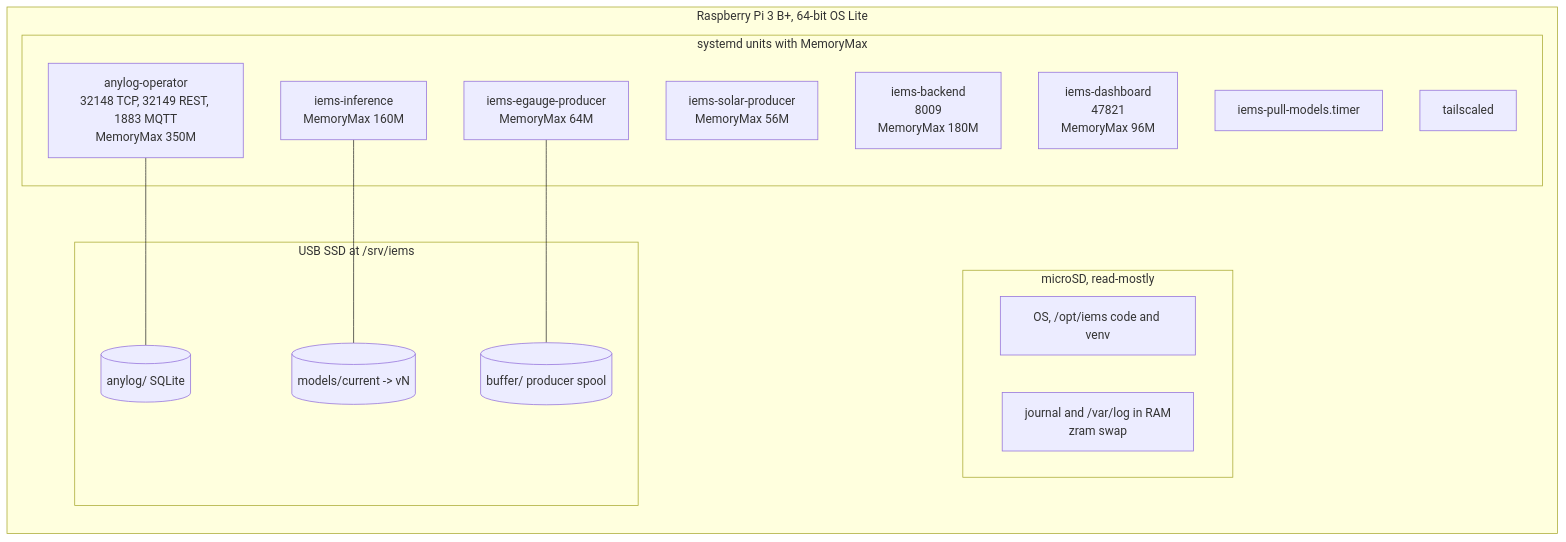
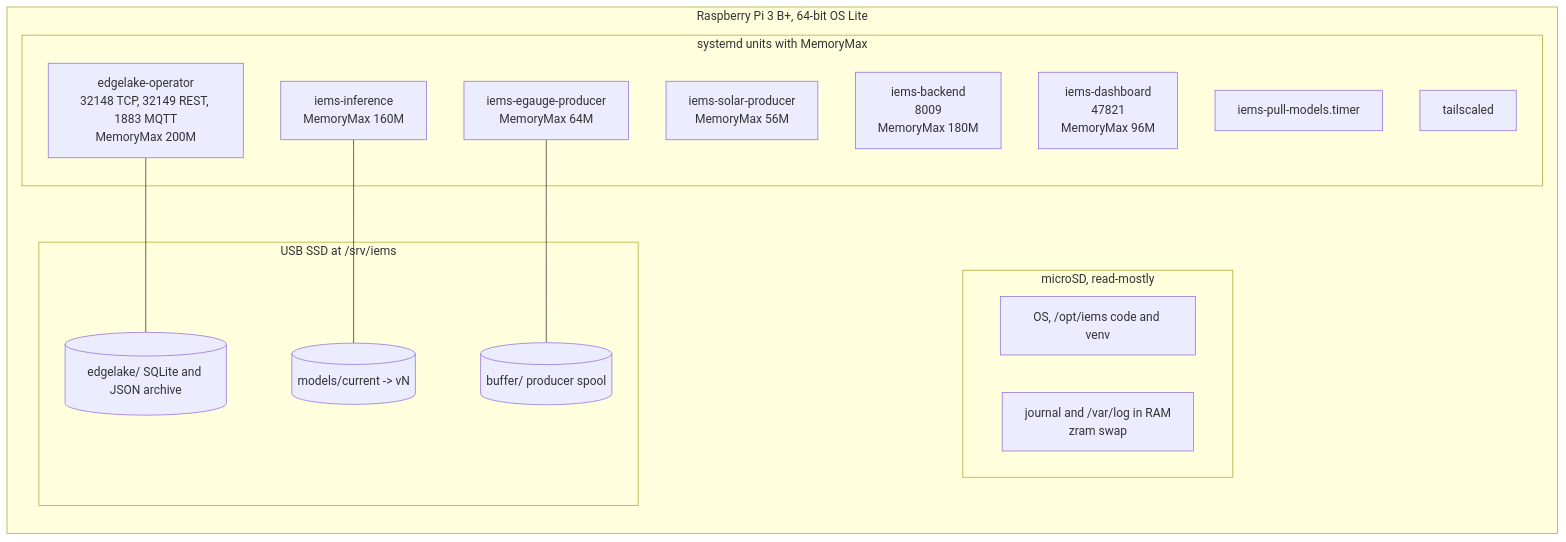
Before and after one commit to hranjan004/iems-pi-edge: the first of 2 diagrams in architecture/deployment.md, drawn with Mermaid. The commit also changed other lines of this file and 44 other files, not shown here.

````diff
--- a/architecture/deployment.md
+++ b/architecture/deployment.md
@@ -5,28 +5,28 @@
 ```mermaid
 flowchart TB
   subgraph PI["Raspberry Pi 3 B+, 64-bit OS Lite"]
     direction TB
     subgraph SYSTEMD["systemd units with MemoryMax"]
-      U1["anylog-operator<br/>32148 TCP, 32149 REST, 1883 MQTT<br/>MemoryMax 350M"]
+      U1["edgelake-operator<br/>32148 TCP, 32149 REST, 1883 MQTT<br/>MemoryMax 200M"]
       U2["iems-egauge-producer<br/>MemoryMax 64M"]
       U3["iems-solar-producer<br/>MemoryMax 56M"]
       U4["iems-inference<br/>MemoryMax 160M"]
       U5["iems-backend<br/>8009<br/>MemoryMax 180M"]
       U6["iems-dashboard<br/>47821<br/>MemoryMax 96M"]
       U7["iems-pull-models.timer"]
       U8["tailscaled"]
     end
     subgraph SD["microSD, read-mostly"]
       OS["OS, /opt/iems code and venv"]
       RAM["journal and /var/log in RAM<br/>zram swap"]
     end
     subgraph SSD["USB SSD at /srv/iems"]
-      AL[("anylog/ SQLite")]
+      AL[("edgelake/ SQLite and JSON archive")]
       MD[("models/current -> vN")]
       SP[("buffer/ producer spool")]
     end
   end
   U1 --- AL
   U4 --- MD
   U2 --- SP
 ```
````
